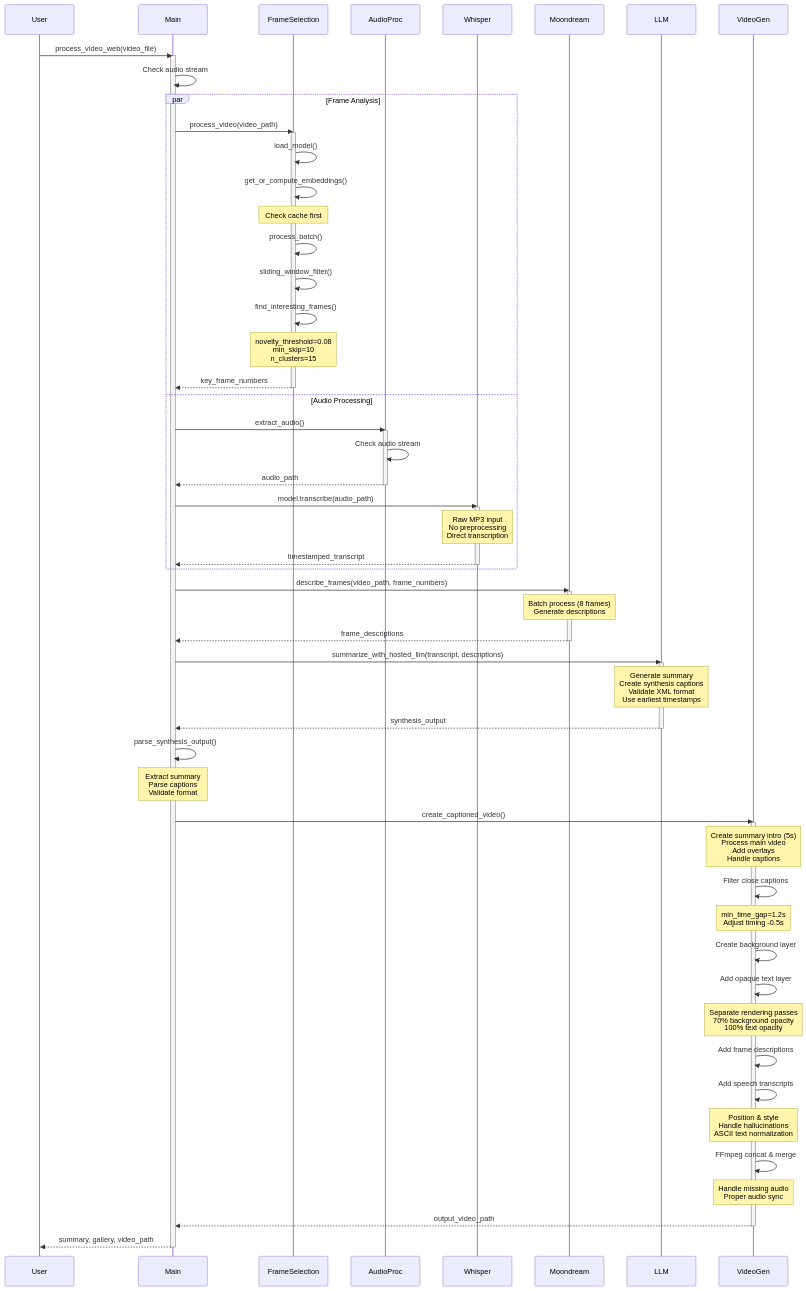
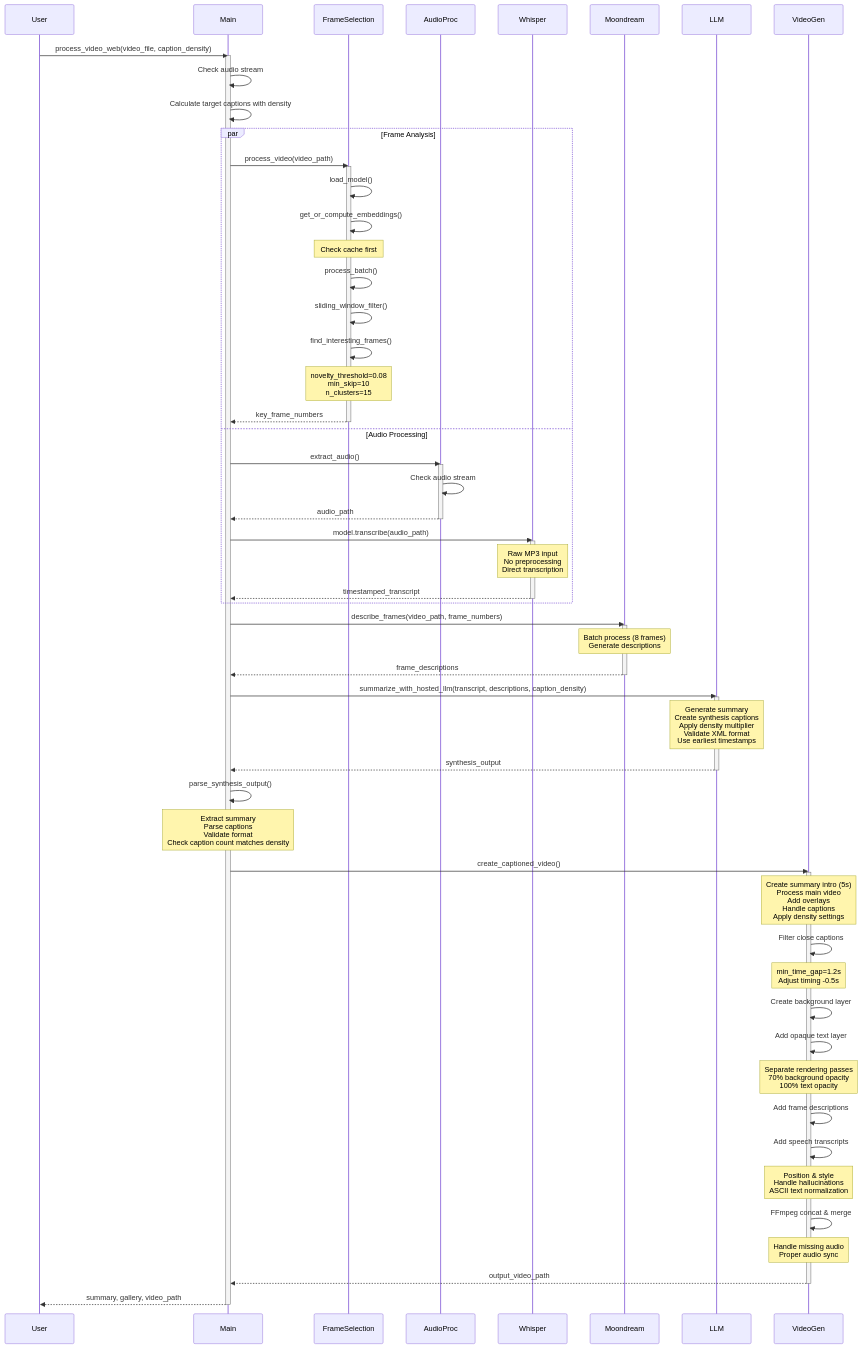
The second of 2 diagrams in README.md (parsakhaz/video-understanding-engine), drawn with Mermaid before and after one commit. The commit also changed other lines of this file and 1 other file, not shown here.

````diff
--- a/README.md
+++ b/README.md
@@ -212,75 +238,76 @@
 ```mermaid
 sequenceDiagram
     participant User
     participant Main
     participant FrameSelection
     participant AudioProc
     participant Whisper
     participant Moondream
     participant LLM
     participant VideoGen
 
-    User->>Main: process_video_web(video_file)
+    User->>Main: process_video_web(video_file, caption_density)
     activate Main
     
     Main->>Main: Check audio stream
+    Main->>Main: Calculate target captions with density
     
     par Frame Analysis
         Main->>FrameSelection: process_video(video_path)
         activate FrameSelection
         FrameSelection->>FrameSelection: load_model()
         FrameSelection->>FrameSelection: get_or_compute_embeddings()
         Note over FrameSelection: Check cache first
         FrameSelection->>FrameSelection: process_batch()
         FrameSelection->>FrameSelection: sliding_window_filter()
         FrameSelection->>FrameSelection: find_interesting_frames()
         Note over FrameSelection: novelty_threshold=0.08<br/>min_skip=10<br/>n_clusters=15
         FrameSelection-->>Main: key_frame_numbers
         deactivate FrameSelection
     and Audio Processing
         Main->>AudioProc: extract_audio()
         activate AudioProc
         AudioProc->>AudioProc: Check audio stream
         AudioProc-->>Main: audio_path
         deactivate AudioProc
         Main->>Whisper: model.transcribe(audio_path)
         activate Whisper
         Note over Whisper: Raw MP3 input<br/>No preprocessing<br/>Direct transcription
         Whisper-->>Main: timestamped_transcript
         deactivate Whisper
     end
 
     Main->>Moondream: describe_frames(video_path, frame_numbers)
     activate Moondream
     Note over Moondream: Batch process (8 frames)<br/>Generate descriptions
     Moondream-->>Main: frame_descriptions
     deactivate Moondream
 
-    Main->>LLM: summarize_with_hosted_llm(transcript, descriptions)
+    Main->>LLM: summarize_with_hosted_llm(transcript, descriptions, caption_density)
     activate LLM
-    Note over LLM: Generate summary<br/>Create synthesis captions<br/>Validate XML format<br/>Use earliest timestamps
+    Note over LLM: Generate summary<br/>Create synthesis captions<br/>Apply density multiplier<br/>Validate XML format<br/>Use earliest timestamps
     LLM-->>Main: synthesis_output
     deactivate LLM
 
     Main->>Main: parse_synthesis_output()
-    Note over Main: Extract summary<br/>Parse captions<br/>Validate format
+    Note over Main: Extract summary<br/>Parse captions<br/>Validate format<br/>Check caption count matches density
 
     Main->>VideoGen: create_captioned_video()
     activate VideoGen
-    Note over VideoGen: Create summary intro (5s)<br/>Process main video<br/>Add overlays<br/>Handle captions
+    Note over VideoGen: Create summary intro (5s)<br/>Process main video<br/>Add overlays<br/>Handle captions<br/>Apply density settings
     VideoGen->>VideoGen: Filter close captions
     Note over VideoGen: min_time_gap=1.2s<br/>Adjust timing -0.5s
     VideoGen->>VideoGen: Create background layer
     VideoGen->>VideoGen: Add opaque text layer
     Note over VideoGen: Separate rendering passes<br/>70% background opacity<br/>100% text opacity
     VideoGen->>VideoGen: Add frame descriptions
     VideoGen->>VideoGen: Add speech transcripts
     Note over VideoGen: Position & style<br/>Handle hallucinations<br/>ASCII text normalization
     VideoGen->>VideoGen: FFmpeg concat & merge
     Note over VideoGen: Handle missing audio<br/>Proper audio sync
     VideoGen-->>Main: output_video_path
     deactivate VideoGen
 
     Main-->>User: summary, gallery, video_path
     deactivate Main
 ```
````
